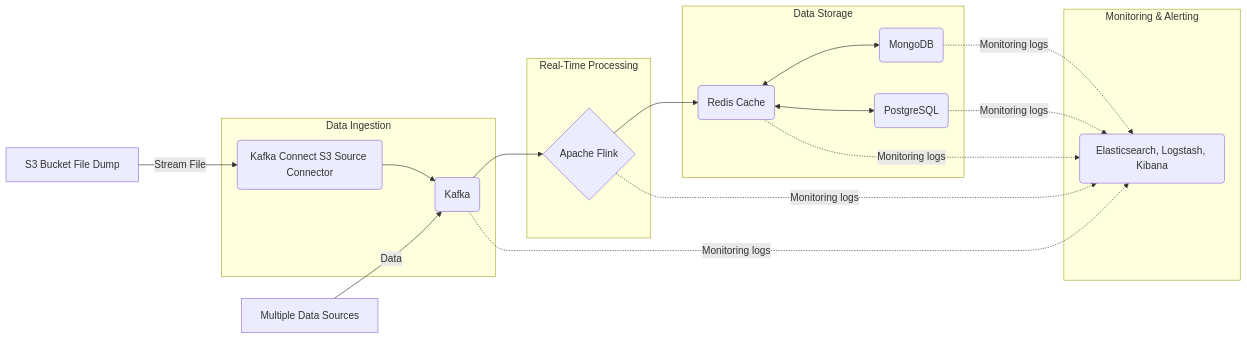
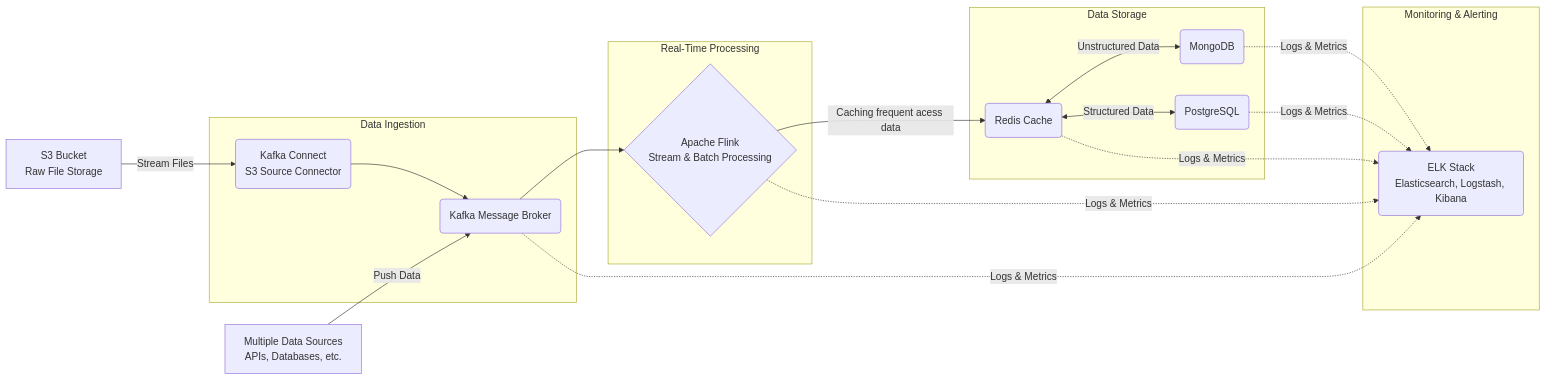
One commit to sukhikush/Profile changed the first of 2 diagrams in README.md. Above: the diagram before and after it, drawn with Mermaid. The commit also changed other lines of this file, not shown here.

Commit message:
Code Update

````diff
--- a/README.md
+++ b/README.md
@@ -7,35 +7,35 @@
 ```mermaid
     graph LR
-        MDS[Multiple Data Sources]
-        S3FD[S3 Bucket File Dump]
+        MDS[Multiple Data Sources<br/>APIs, Databases, etc.]
+        S3FD[S3 Bucket<br>Raw File Storage]
 
         subgraph TDI[Data Ingestion]
-            KC(Kafka Connect S3 Source Connector)
-            AK(Kafka)
+            KC(Kafka Connect<br>S3 Source Connector)
+            AK(Kafka Message Broker)
         end
         subgraph TRTP[Real-Time Processing]
-            AF{Apache Flink}
+            AF{Apache Flink<br>Stream & Batch Processing}
         end
         subgraph TDS[Data Storage]
             R(Redis Cache)
             MD(MongoDB)
             PS(PostgreSQL)
         end
 
         subgraph Monitoring & Alerting
-            ELK(Elasticsearch, Logstash, Kibana)
+            ELK(ELK Stack<br>Elasticsearch, Logstash, Kibana)
         end
 
-        S3FD -->|Stream File| KC
-        MDS -->|Data| AK
+        S3FD -->|Stream Files| KC
+        MDS -->|Push Data| AK
         KC --> AK
         AK --> AF
-        AF --> R
-        R <--> MD
-        R <--> PS
-        AF -.->|Monitoring logs| ELK
-        AK -.->|Monitoring logs| ELK
-        R -.->|Monitoring logs| ELK
-        MD -.->|Monitoring logs| ELK
-        PS -.->|Monitoring logs| ELK
+        AF --> |Caching frequent acess data|R
+        R <-->|Unstructured Data| MD
+        R <-->|Structured Data| PS
+        AF -.->|Logs & Metrics| ELK
+        AK -.->|Logs & Metrics| ELK
+        R -.->|Logs & Metrics| ELK
+        MD -.->|Logs & Metrics| ELK
+        PS -.->|Logs & Metrics| ELK
 ```
````
